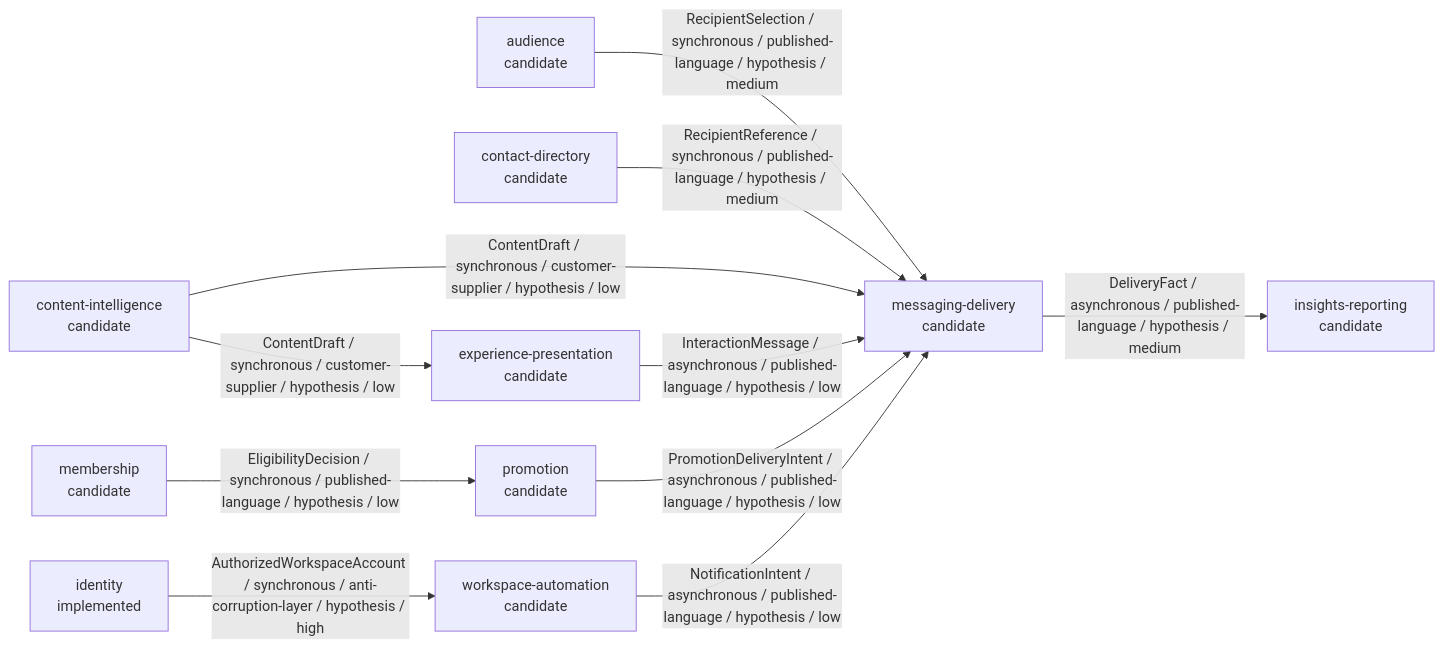
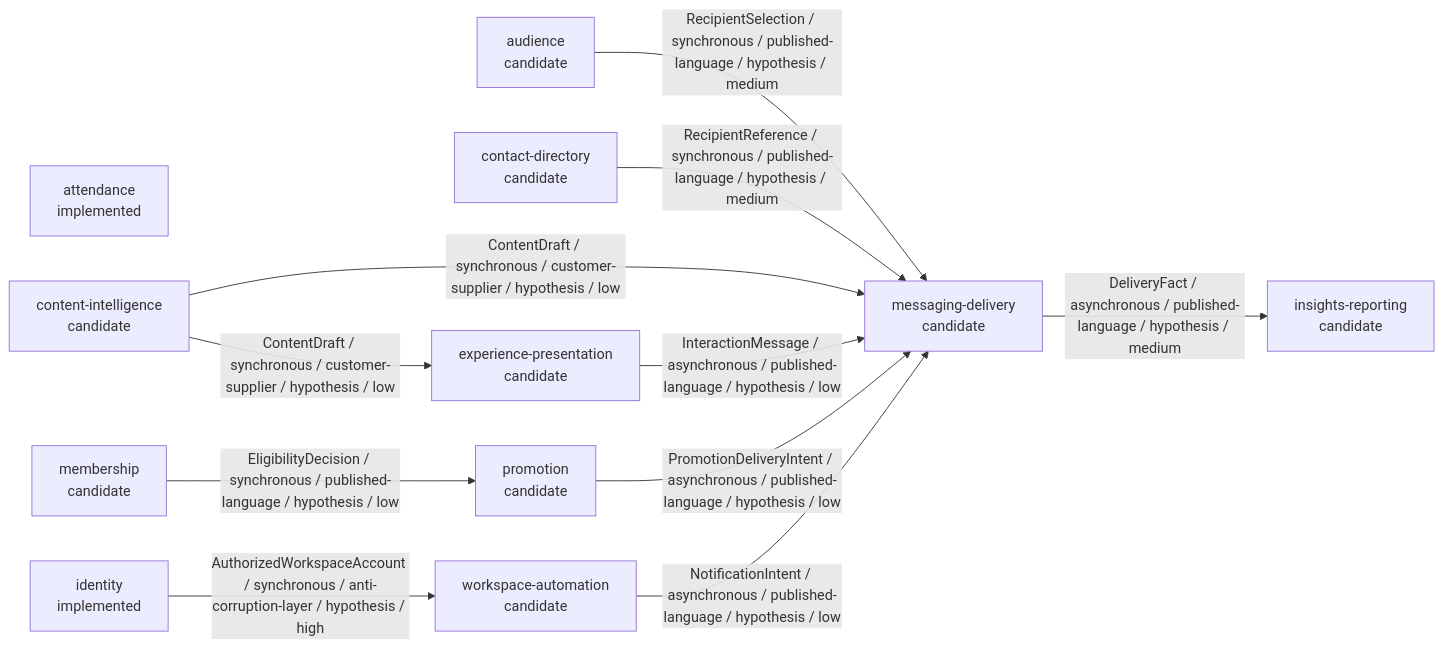
One commit to 963sup/linebot-platform changed the diagram in docs/domain/context-map.md. Above: the diagram before and after it, drawn with Mermaid. The commit also changed other lines of this file and 125 other files, not shown here.

````diff
--- a/docs/domain/context-map.md
+++ b/docs/domain/context-map.md
@@ -97,23 +110,24 @@
 ```mermaid
 flowchart LR
+    ctx_attendance["attendance\nimplemented"]
     ctx_audience["audience\ncandidate"]
     ctx_contact_directory["contact-directory\ncandidate"]
     ctx_content_intelligence["content-intelligence\ncandidate"]
     ctx_experience_presentation["experience-presentation\ncandidate"]
     ctx_identity["identity\nimplemented"]
     ctx_insights_reporting["insights-reporting\ncandidate"]
     ctx_membership["membership\ncandidate"]
     ctx_messaging_delivery["messaging-delivery\ncandidate"]
     ctx_promotion["promotion\ncandidate"]
     ctx_workspace_automation["workspace-automation\ncandidate"]
     ctx_audience -->|RecipientSelection / synchronous / published-language / hypothesis / medium| ctx_messaging_delivery
     ctx_contact_directory -->|RecipientReference / synchronous / published-language / hypothesis / medium| ctx_messaging_delivery
     ctx_content_intelligence -->|ContentDraft / synchronous / customer-supplier / hypothesis / low| ctx_experience_presentation
     ctx_content_intelligence -->|ContentDraft / synchronous / customer-supplier / hypothesis / low| ctx_messaging_delivery
     ctx_experience_presentation -->|InteractionMessage / asynchronous / published-language / hypothesis / low| ctx_messaging_delivery
     ctx_identity -->|AuthorizedWorkspaceAccount / synchronous / anti-corruption-layer / hypothesis / high| ctx_workspace_automation
     ctx_membership -->|EligibilityDecision / synchronous / published-language / hypothesis / low| ctx_promotion
     ctx_messaging_delivery -->|DeliveryFact / asynchronous / published-language / hypothesis / medium| ctx_insights_reporting
     ctx_promotion -->|PromotionDeliveryIntent / asynchronous / published-language / hypothesis / low| ctx_messaging_delivery
     ctx_workspace_automation -->|NotificationIntent / asynchronous / published-language / hypothesis / low| ctx_messaging_delivery
 ```
````
